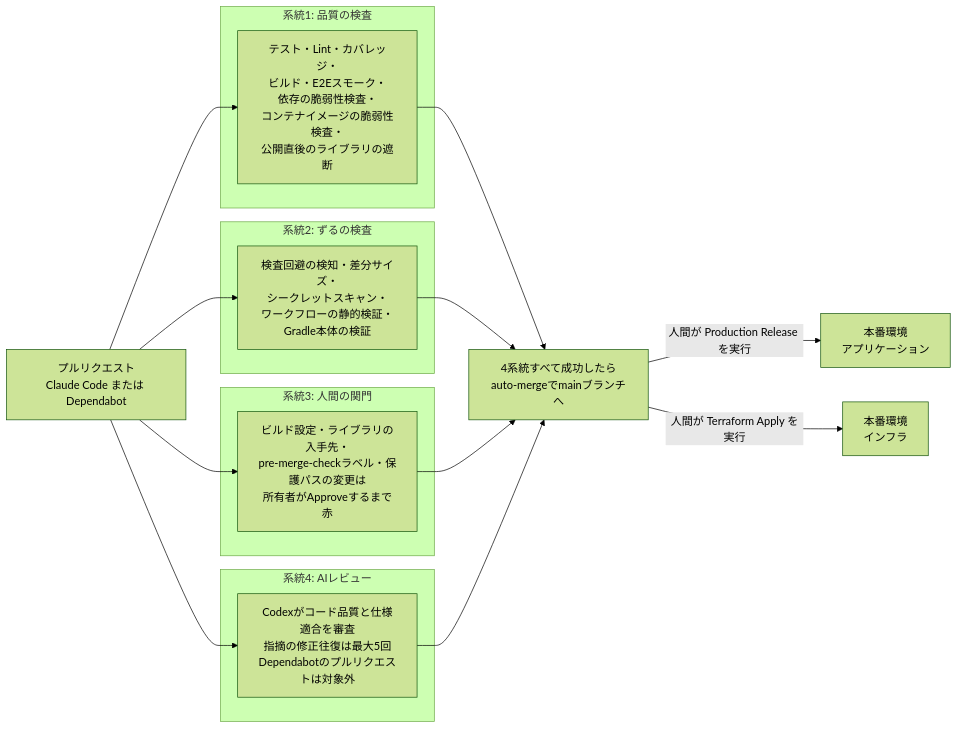
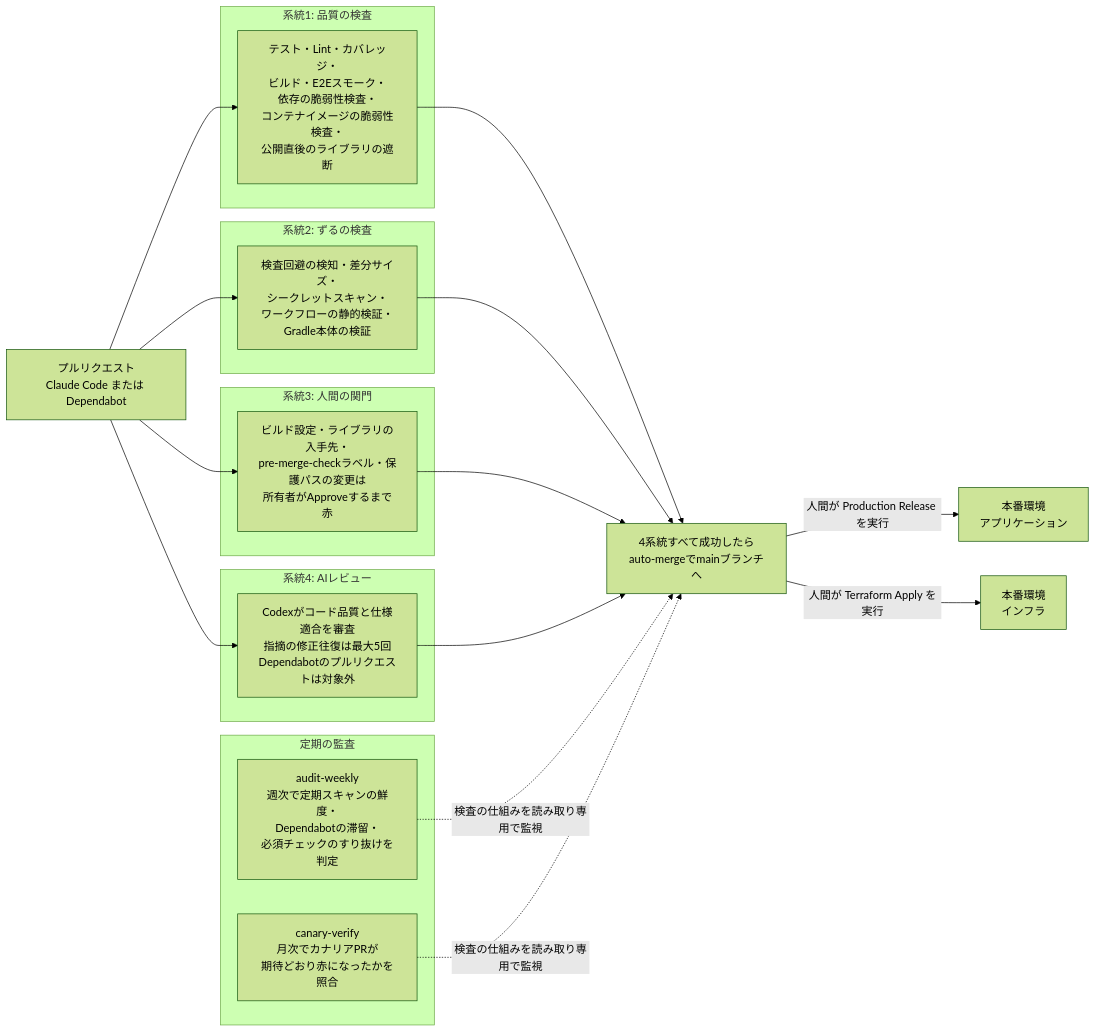
Before and after one commit to DogisRiki/KeirekiPro: the first of 2 diagrams in README.md, drawn with Mermaid (forest theme). The commit also changed other lines of this file and 1 other file, not shown here.

Commit message:
docs(audit-automation): READMEのワークフロー一覧表とMermaid図へ2本を追記する

````diff
--- a/README.md
+++ b/README.md
@@ -53,27 +53,34 @@
 ```mermaid
 flowchart LR
     PR[プルリクエスト<br>Claude Code または Dependabot]
 
     subgraph s1[系統1: 品質の検査]
         Q[テスト・Lint・カバレッジ・<br>ビルド・E2Eスモーク・<br>依存の脆弱性検査・<br>コンテナイメージの脆弱性検査・<br>公開直後のライブラリの遮断]
     end
     subgraph s2[系統2: ずるの検査]
         Z[検査回避の検知・差分サイズ・<br>シークレットスキャン・<br>ワークフローの静的検証・<br>Gradle本体の検証]
     end
     subgraph s3[系統3: 人間の関門]
         H[ビルド設定・ライブラリの入手先・<br>pre-merge-checkラベル・保護パスの変更は<br>所有者がApproveするまで赤]
     end
     subgraph s4[系統4: AIレビュー]
         A[Codexがコード品質と仕様適合を審査<br>指摘の修正往復は最大5回<br>Dependabotのプルリクエストは対象外]
     end
 
     PR --> Q
     PR --> Z
     PR --> H
     PR --> A
 
     Q & Z & H & A --> M[4系統すべて成功したら<br>auto-mergeでmainブランチへ]
 
     M -->|人間が Production Release を実行| App[本番環境<br>アプリケーション]
     M -->|人間が Terraform Apply を実行| Infra[本番環境<br>インフラ]
+
+    subgraph s5[定期の監査]
+        AW[audit-weekly<br>週次で定期スキャンの鮮度・<br>Dependabotの滞留・<br>必須チェックのすり抜けを判定]
+        CV[canary-verify<br>月次でカナリアPRが<br>期待どおり赤になったかを照合]
+    end
+
+    AW & CV -.検査の仕組みを読み取り専用で監視.-> M
 ```
````
